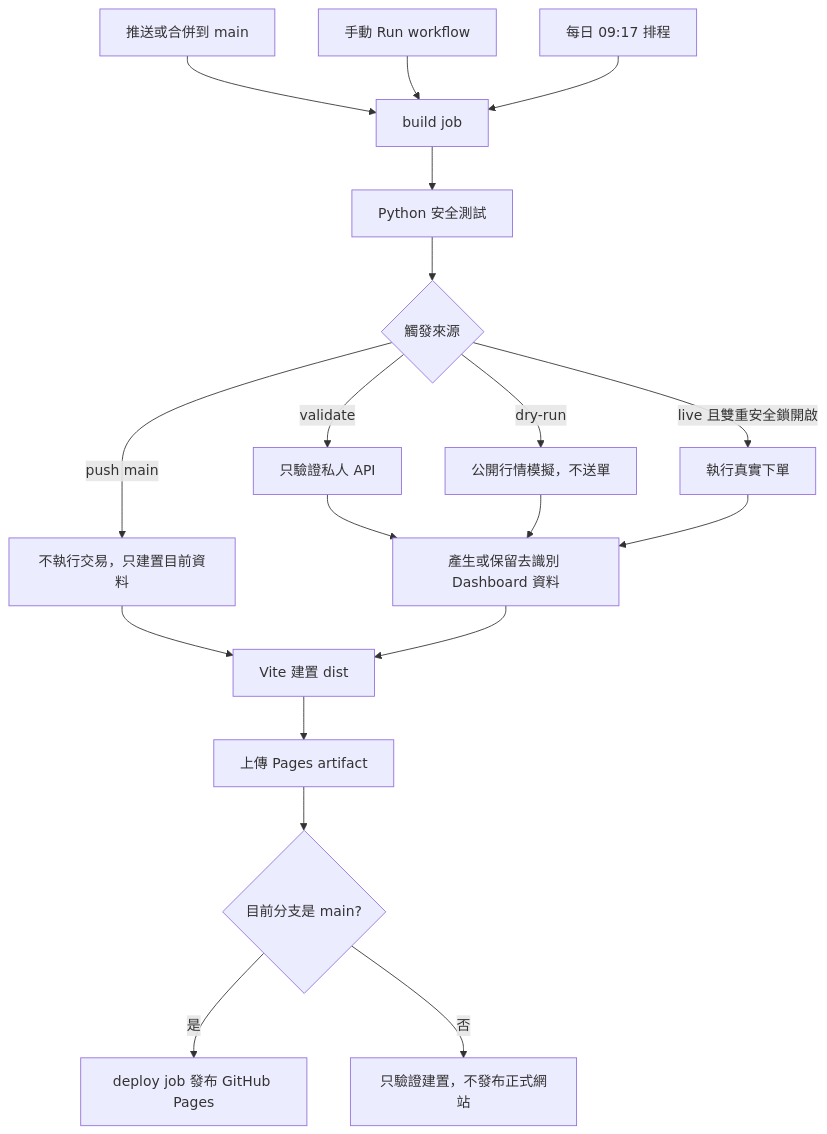
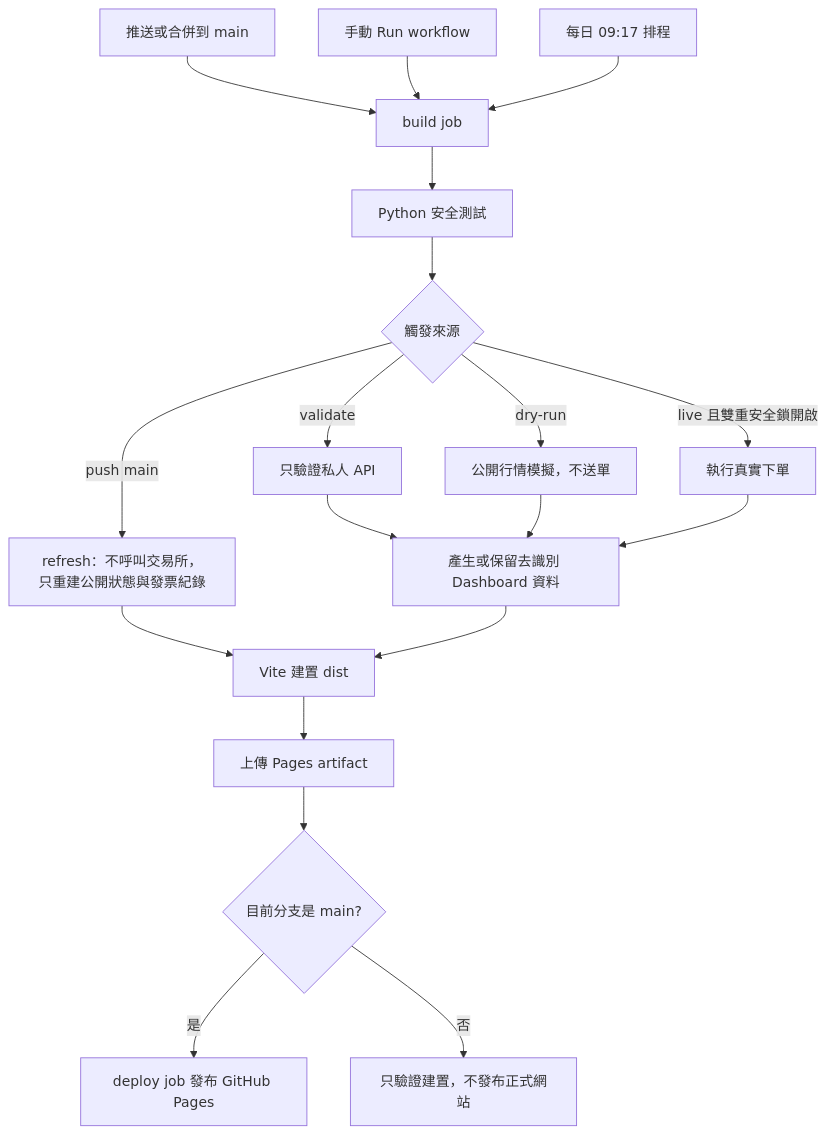
One commit to ChiJiun/usdt-invoice-pulse changed the second of 2 diagrams in README.md. Above: the diagram before and after it, drawn with Mermaid. The commit also changed other lines of this file and 11 other files, not shown here.

````diff
--- a/README.md
+++ b/README.md
@@ -113,21 +173,21 @@
 ```mermaid
 flowchart TD
   A[推送或合併到 main] --> B[build job]
   C[手動 Run workflow] --> B
   D[每日 09:17 排程] --> B
   B --> E[Python 安全測試]
   E --> F{觸發來源}
-  F -->|push main| G[不執行交易，只建置目前資料]
+  F -->|push main| G[refresh：不呼叫交易所，只重建公開狀態與發票紀錄]
   F -->|validate| H[只驗證私人 API]
   F -->|dry-run| I[公開行情模擬，不送單]
   F -->|live 且雙重安全鎖開啟| J[執行真實下單]
   H --> K[產生或保留去識別 Dashboard 資料]
   I --> K
   J --> K
   G --> L[Vite 建置 dist]
   K --> L
   L --> M[上傳 Pages artifact]
   M --> N{目前分支是 main?}
   N -->|是| O[deploy job 發布 GitHub Pages]
   N -->|否| P[只驗證建置，不發布正式網站]
 ```
````
